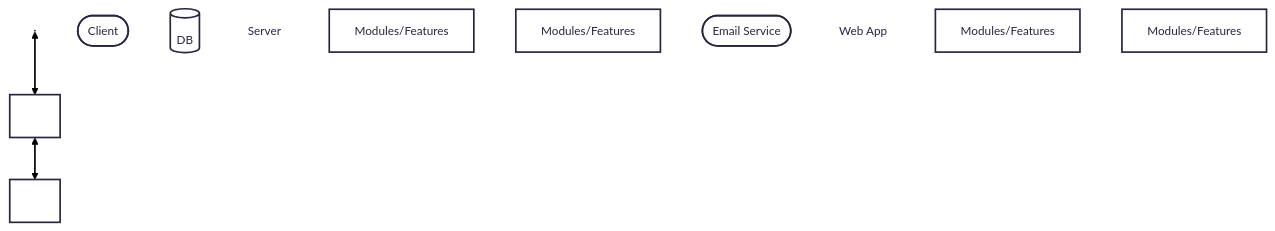
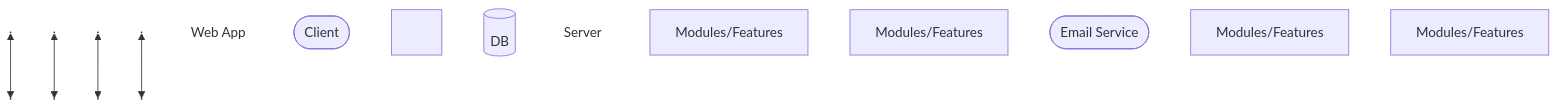
One commit to SoufianeMouss/CST8913 changed the diagram in lab3/README.md. Above: the diagram before and after it, drawn with Mermaid.

Commit message:
Fixing Diagram

````diff
--- a/lab3/README.md
+++ b/lab3/README.md
@@ -5,29 +5,38 @@
 ```mermaid
 ---
 ---
 config:
-  theme: redux
   layout: fixed
 ---
 flowchart TD
-    n10["<br>"] <--> n5["<br>"]
-    n14[" "] <--> n10
+    n16[" "] <--> n17[" "]
+    n18[" "] <--> n19[" "]
+    n22[" "] <--> n23[" "]
+    n24[" "] <--> n25[" "]
+    n11["Web App"]
     A(["Client"])
+    n15["<br>"]
     n2["DB"]
     n4["Server"]
     C["Modules/Features"]
     n7["Modules/Features"]
     n9(["Email Service"])
-    n11["Web App"]
     n12["Modules/Features"]
     n13["Modules/Features"]
-    n10@{ shape: rect}
-    n5@{ shape: rect}
-    n14@{ shape: anchor}
+    n16@{ shape: anchor}
+    n17@{ shape: anchor}
+    n18@{ shape: anchor}
+    n19@{ shape: anchor}
+    n22@{ shape: anchor}
+    n23@{ shape: anchor}
+    n24@{ shape: anchor}
+    n25@{ shape: anchor}
+    n11@{ shape: text}
+    n15@{ shape: rect}
     n2@{ shape: cyl}
     n4@{ shape: text}
     n7@{ shape: rect}
-    n11@{ shape: text}
     n12@{ shape: rect}
     n13@{ shape: rect}
+
 ```
````
